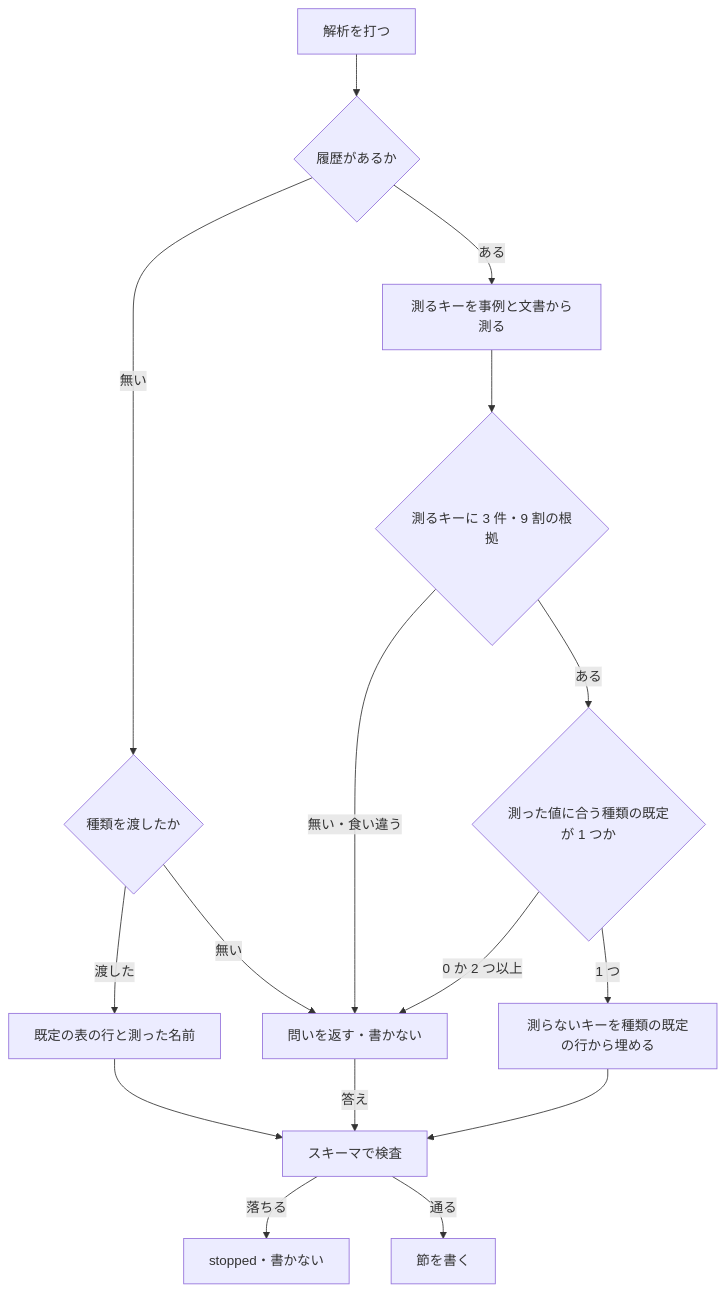
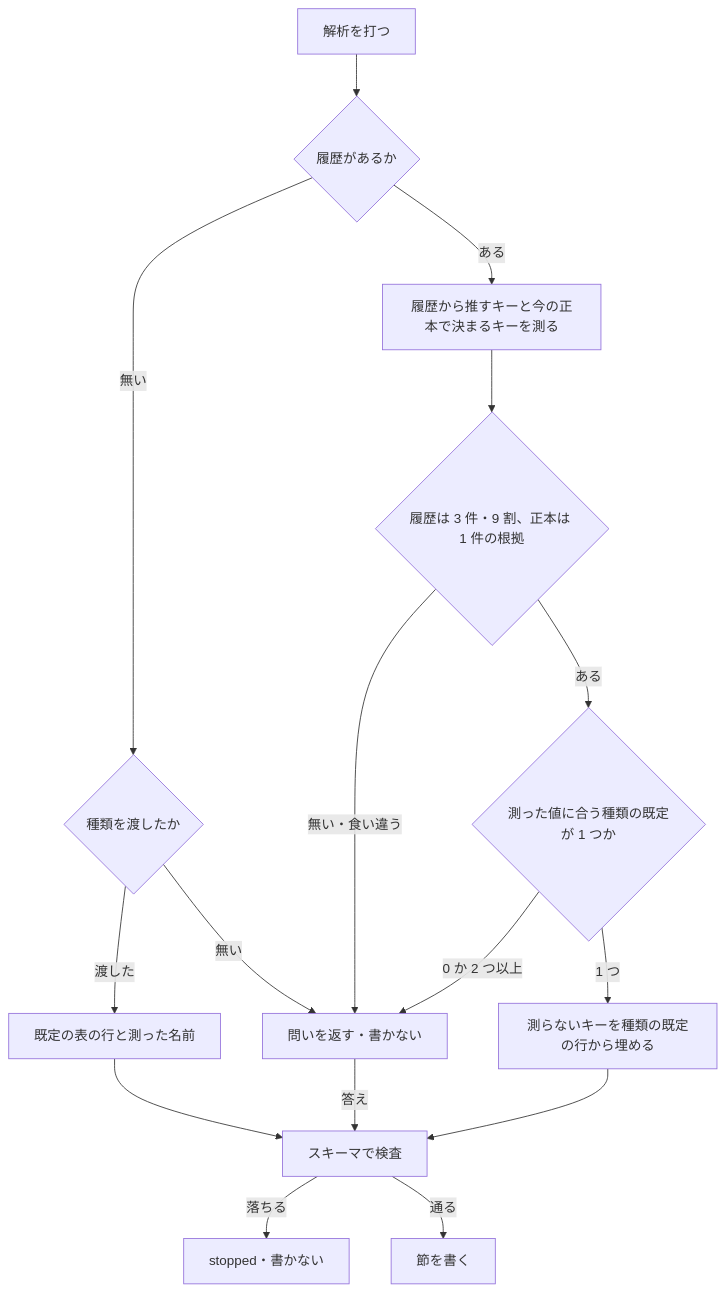
Before and after one commit to devbasex/ai-plugins: the second of 3 diagrams in issues/issue-3672-design.md, drawn with Mermaid. The commit also changed other lines of this file and 4 other files, not shown here.

````diff
--- a/issues/issue-3672-design.md
+++ b/issues/issue-3672-design.md
@@ -273,18 +281,18 @@
 ```mermaid
 flowchart TD
     A[解析を打つ] --> B{履歴があるか}
     B -->|無い| C{種類を渡したか}
     C -->|渡した| D[既定の表の行と測った名前]
     C -->|無い| Q[問いを返す・書かない]
-    B -->|ある| E[測るキーを事例と文書から測る]
-    E --> F{測るキーに 3 件・9 割の根拠}
+    B -->|ある| E[履歴から推すキーと今の正本で決まるキーを測る]
+    E --> F{履歴は 3 件・9 割、正本は 1 件の根拠}
     F -->|無い・食い違う| Q
     F -->|ある| K{測った値に合う種類の既定が 1 つか}
     K -->|0 か 2 つ以上| Q
     K -->|1 つ| P[測らないキーを種類の既定の行から埋める]
     P --> G[スキーマで検査]
     D --> G
     Q -->|答え| G
     G -->|落ちる| S[stopped・書かない]
     G -->|通る| W[節を書く]
 ```
````
